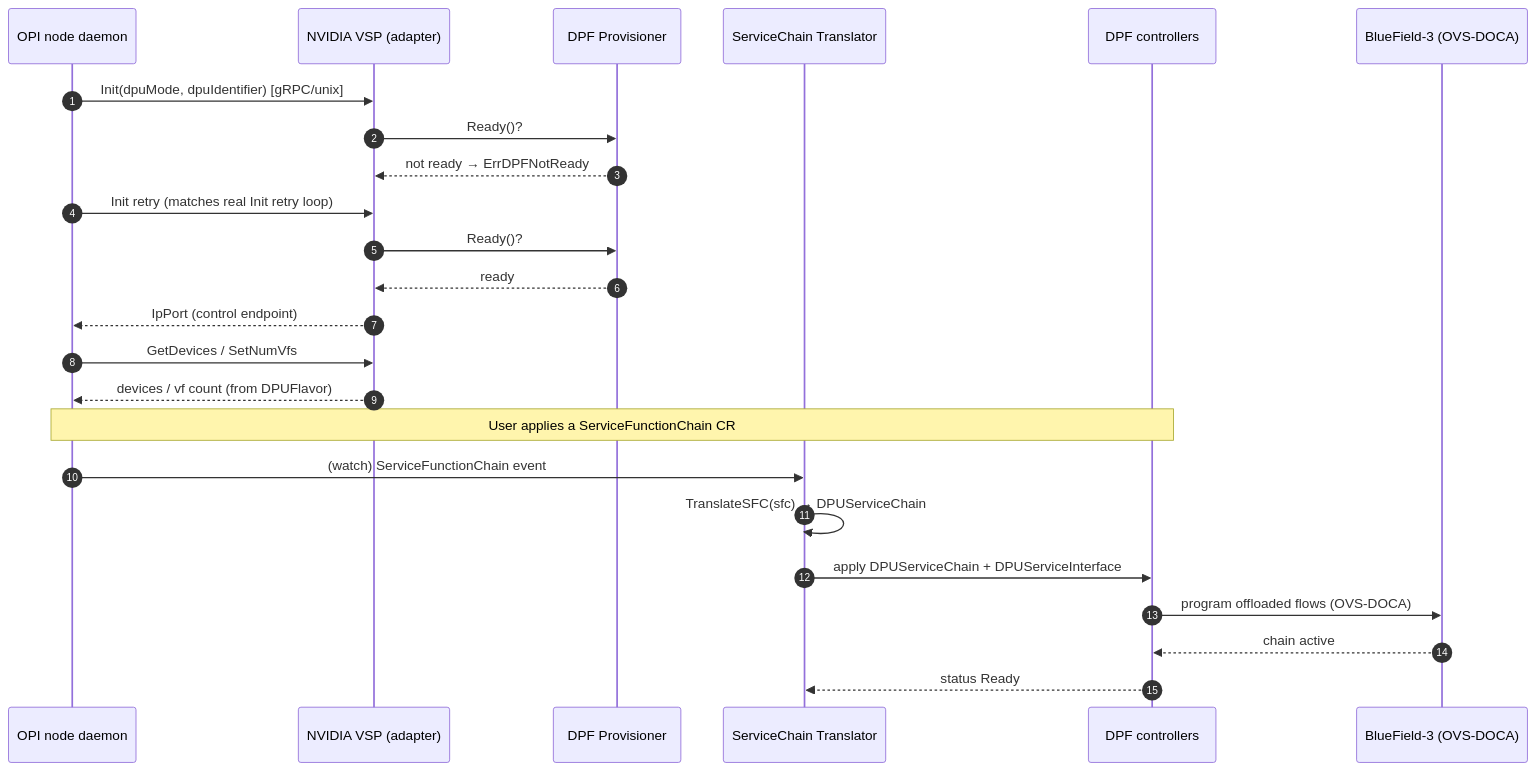
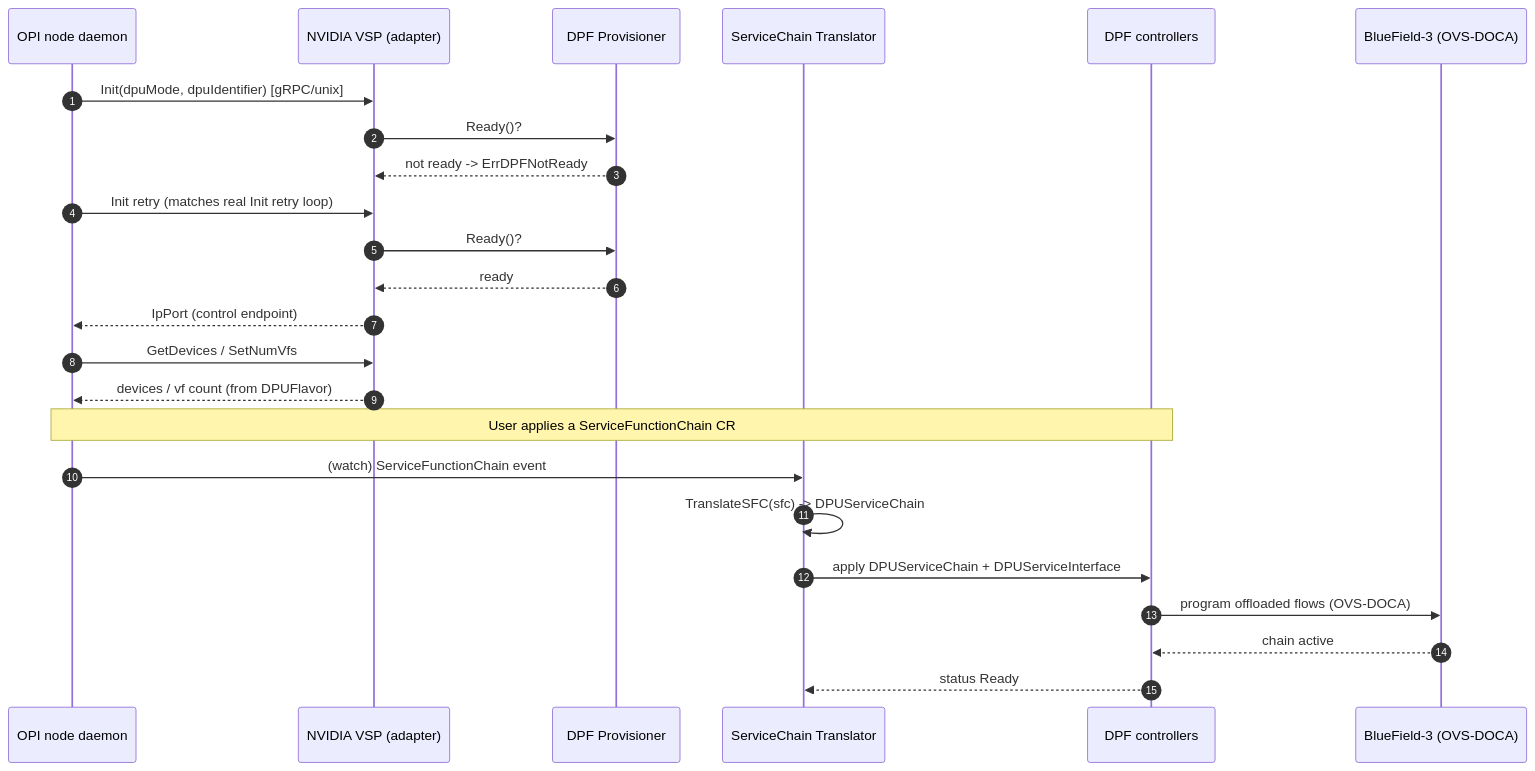
One commit to vickysharma-prog/opi-assignment-1-2026 changed the third of 4 diagrams in architecture_design.md. Above: the diagram before and after it, drawn with Mermaid. The commit also changed other lines of this file and 4 other files, not shown here.

First line of the commit message:
A1: add VendorDetector seam + Resilience section (7 edge cases, safe-deletion diagram); scrub em-dashes/unicode for a clean human-authored read

````diff
--- a/architecture_design.md
+++ b/architecture_design.md
@@ -176,29 +186,29 @@
 ```mermaid
 sequenceDiagram
     autonumber
     participant Daemon as OPI node daemon
     participant VSP as NVIDIA VSP (adapter)
     participant Prov as DPF Provisioner
     participant XLAT as ServiceChain Translator
     participant DPF as DPF controllers
     participant BF3 as BlueField-3 (OVS-DOCA)
 
     Daemon->>VSP: Init(dpuMode, dpuIdentifier)  [gRPC/unix]
     VSP->>Prov: Ready()?
-    Prov-->>VSP: not ready → ErrDPFNotReady
+    Prov-->>VSP: not ready -> ErrDPFNotReady
     Daemon->>VSP: Init retry (matches real Init retry loop)
     VSP->>Prov: Ready()?
     Prov-->>VSP: ready
     VSP-->>Daemon: IpPort (control endpoint)
 
     Daemon->>VSP: GetDevices / SetNumVfs
     VSP-->>Daemon: devices / vf count (from DPUFlavor)
 
     Note over Daemon,DPF: User applies a ServiceFunctionChain CR
     Daemon->>XLAT: (watch) ServiceFunctionChain event
-    XLAT->>XLAT: TranslateSFC(sfc) → DPUServiceChain
+    XLAT->>XLAT: TranslateSFC(sfc) -> DPUServiceChain
     XLAT->>DPF: apply DPUServiceChain + DPUServiceInterface
     DPF->>BF3: program offloaded flows (OVS-DOCA)
     BF3-->>DPF: chain active
     DPF-->>XLAT: status Ready
 ```
````
